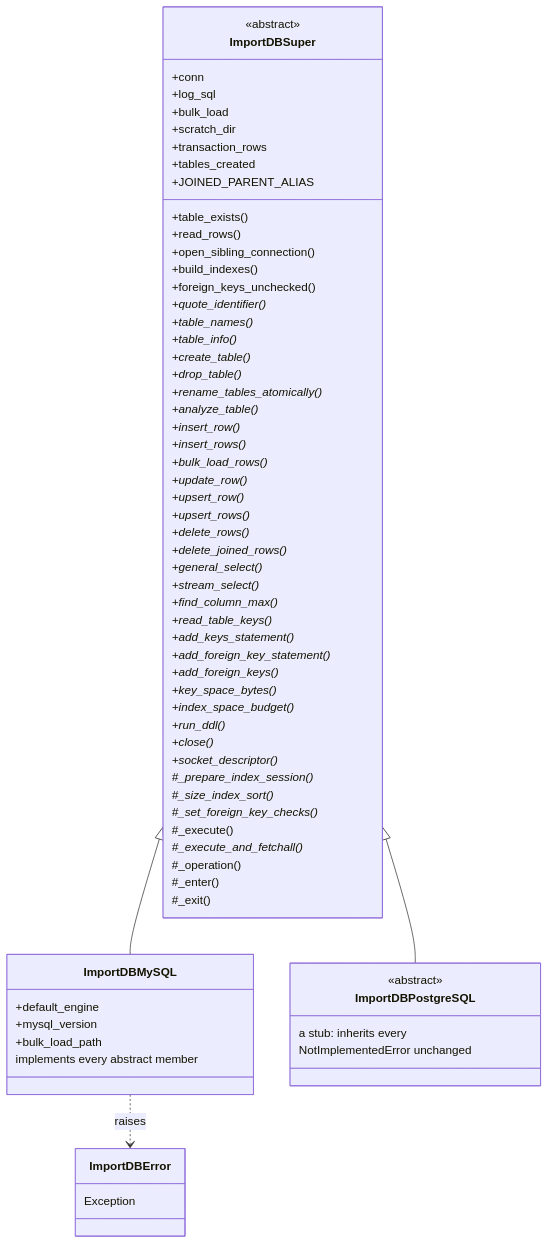
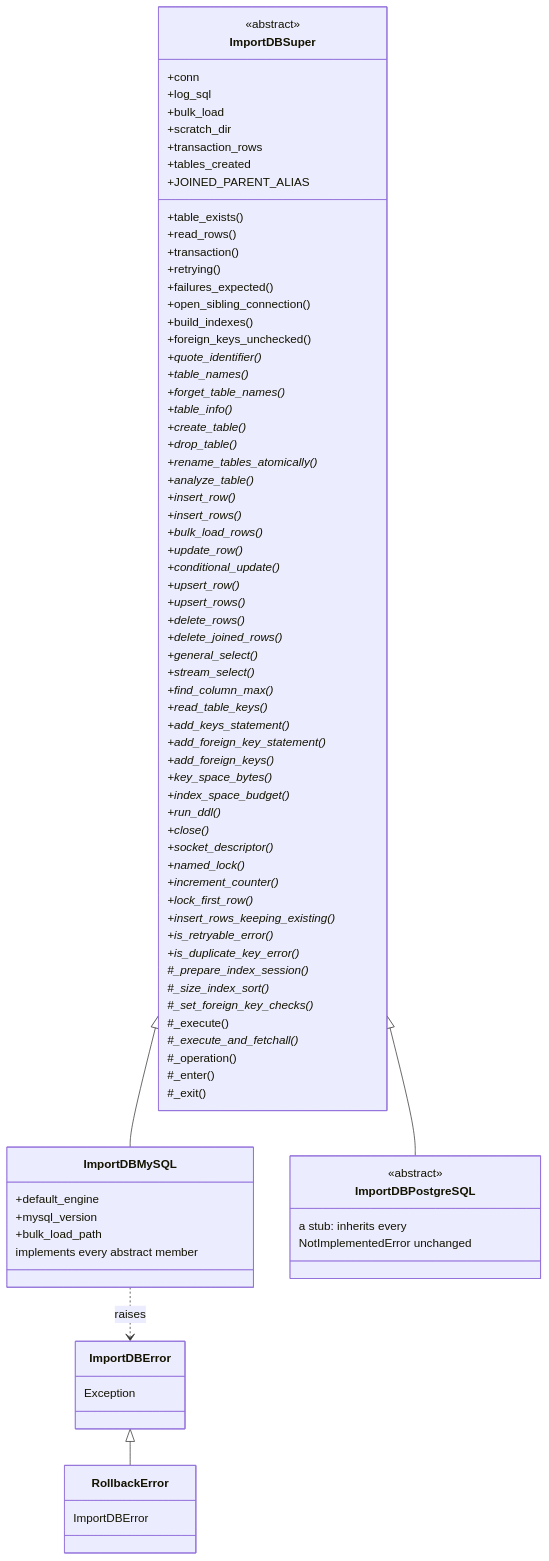
Before and after one commit to SETI/rms-opus: the diagram in docs/dev_guide_import_db.rst, drawn with Mermaid. The commit also changed other lines of this file and 22 other files, not shown here.

```diff
--- a/docs/dev_guide_import_db.rst
+++ b/docs/dev_guide_import_db.rst
@@ -37,11 +42,15 @@
             +JOINED_PARENT_ALIAS
             +table_exists()
             +read_rows()
+            +transaction()
+            +retrying()
+            +failures_expected()
             +open_sibling_connection()
             +build_indexes()
             +foreign_keys_unchecked()
             +quote_identifier()*
             +table_names()*
+            +forget_table_names()*
             +table_info()*
             +create_table()*
             +drop_table()*
@@ -51,6 +60,7 @@
             +insert_rows()*
             +bulk_load_rows()*
             +update_row()*
+            +conditional_update()*
             +upsert_row()*
             +upsert_rows()*
             +delete_rows()*
@@ -67,6 +77,12 @@
             +run_ddl()*
             +close()*
             +socket_descriptor()*
+            +named_lock()*
+            +increment_counter()*
+            +lock_first_row()*
+            +insert_rows_keeping_existing()*
+            +is_retryable_error()*
+            +is_duplicate_key_error()*
             #_prepare_index_session()*
             #_size_index_sort()*
             #_set_foreign_key_checks()*
@@ -90,7 +106,11 @@
         class ImportDBError {
             Exception
         }
+        class RollbackError {
+            ImportDBError
+        }
 
         ImportDBSuper <|-- ImportDBMySQL
         ImportDBSuper <|-- ImportDBPostgreSQL
+        ImportDBError <|-- RollbackError
         ImportDBMySQL ..> ImportDBError : raises
```
